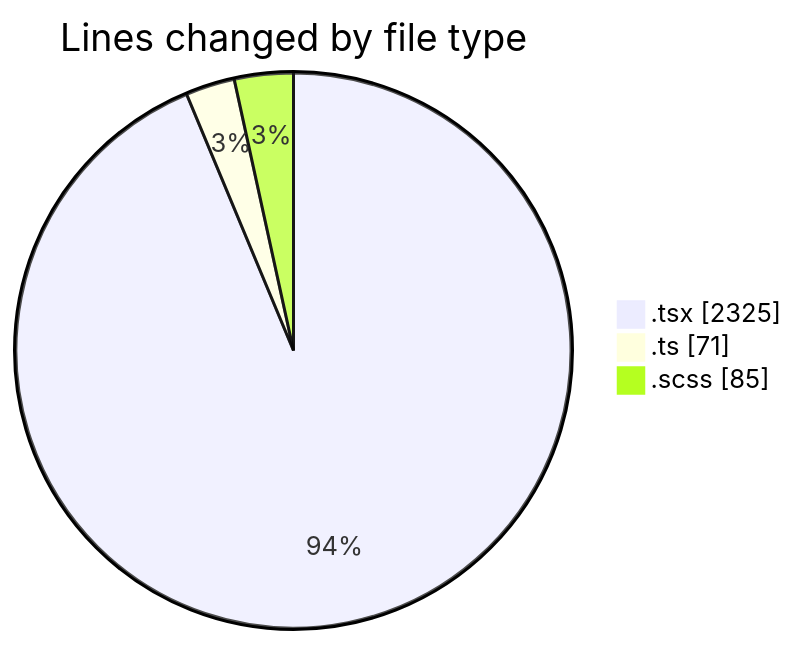
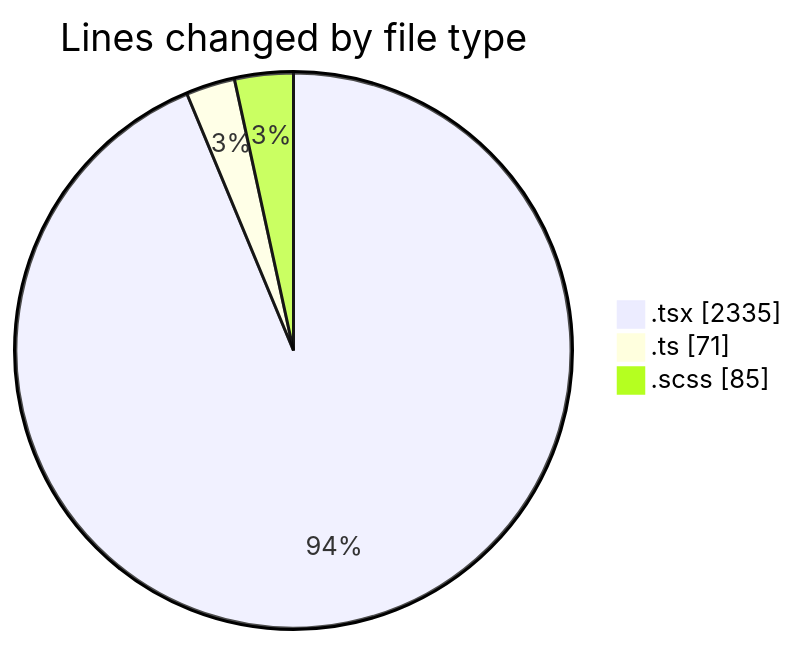
The first of 2 diagrams in 2025-02-11/cda/README.md (momahboobian/code-tracking), drawn with Mermaid before and after one commit. The commit also changed other lines of this file and 1 other file, not shown here.

````diff
--- a/2025-02-11/cda/README.md
+++ b/2025-02-11/cda/README.md
@@ -24,7 +24,7 @@
 ```mermaid
 pie showData
 title Lines changed by file type
-".tsx" : 2325
+".tsx" : 2335
 ".ts" : 71
 ".scss" : 85
 ```
````
